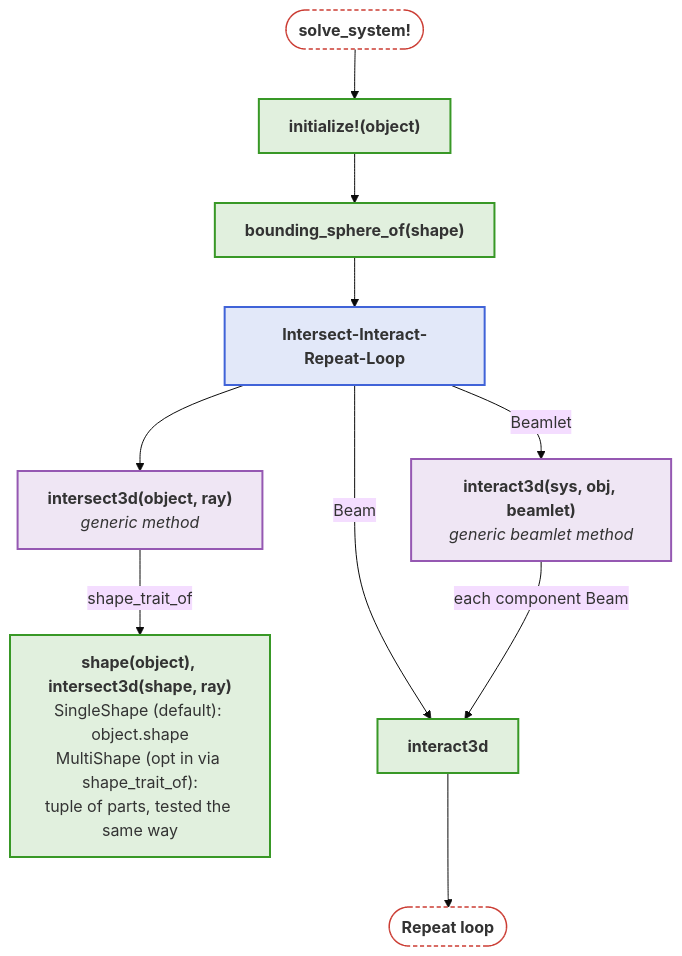
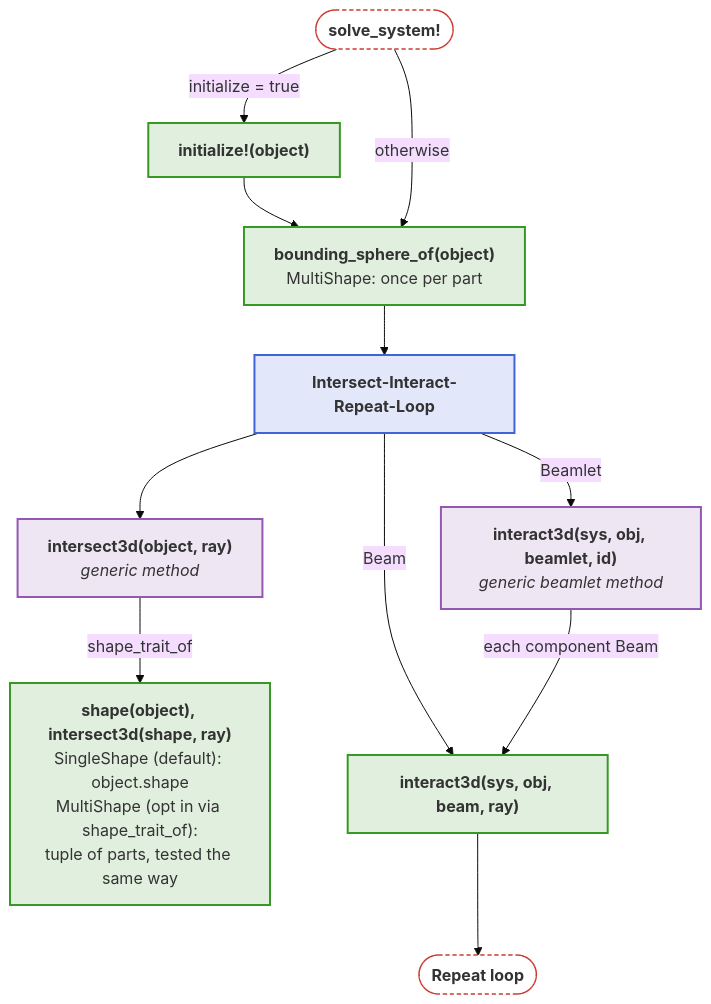
One commit to JuliaPhysics/BeamletOptics.jl changed the first of 2 diagrams in docs/src/api/components.md. Above: the diagram before and after it, drawn with Mermaid (base theme). The commit also changed other lines of this file and 63 other files, not shown here.

First line of the commit message:
Docs: align docs and docstrings with the code, drop color legends of the diagrams

````diff
--- a/docs/src/api/components.md
+++ b/docs/src/api/components.md
@@ -9,29 +9,31 @@
 ```mermaid
 flowchart TB
     S(["<b>solve_system!</b>"])
     INI["<b>initialize!(object)</b>"]
-    BSO["<b>bounding_sphere_of(shape)</b>"]
+    BSO["<b>bounding_sphere_of(object)</b><br/>MultiShape: once per part"]
     LOOP["<b>Intersect-Interact-Repeat-Loop</b>"]
     IX["<b>intersect3d(object, ray)</b><br/><i>generic method</i>"]
-    GB["<b>interact3d(sys, obj, beamlet)</b><br/><i>generic beamlet method</i>"]
+    GB["<b>interact3d(sys, obj, beamlet, id)</b><br/><i>generic beamlet method</i>"]
     SHP["<b>shape(object), intersect3d(shape, ray)</b><br/>SingleShape (default): object.shape<br/>MultiShape (opt in via shape_trait_of):<br/>tuple of parts, tested the same way"]
-    INT["<b>interact3d</b>"]
+    INT["<b>interact3d(sys, obj, beam, ray)</b>"]
     BACK(["<b>Repeat loop</b>"])
 
-    S --> INI --> BSO --> LOOP
+    S -- "initialize = true" --> INI --> BSO
+    S -- "otherwise" --> BSO
+    BSO --> LOOP
     LOOP --> IX
     LOOP -- "Beamlet" --> GB
     LOOP -- "Beam" --> INT
     IX -- shape_trait_of --> SHP
     GB -- "each component Beam" --> INT
     INT --> BACK
 
     classDef blue fill:#4063D826,stroke:#4063D8,stroke-width:2px
     classDef green fill:#38982626,stroke:#389826,stroke-width:2px
     classDef purple fill:#9558B226,stroke:#9558B2,stroke-width:2px
     classDef terminal fill:transparent,stroke:#CB3C33,stroke-width:1.5px,stroke-dasharray:4 3
     class LOOP blue
     class INI,BSO,SHP,INT green
     class IX,GB purple
     class S,BACK terminal
 ```
````
